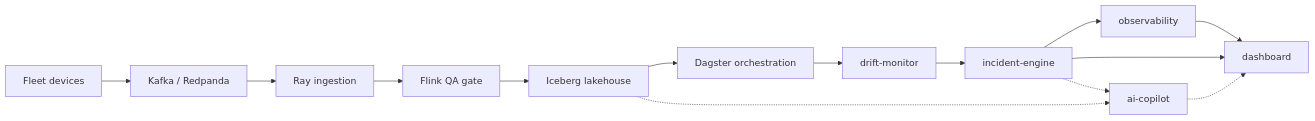
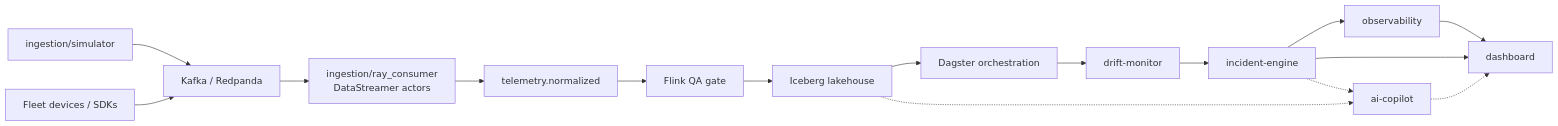
Before and after one commit to hamidmatiny/Argus: the diagram in README.md, drawn with Mermaid. The commit also changed other lines of this file and 26 other files, not shown here.

Commit message:
PHASE 2: Real-Time Ingestion Layer (Kafka + Ray)

````diff
--- a/README.md
+++ b/README.md
@@ -7,16 +7,18 @@
 ```mermaid
 flowchart LR
-  Devices["Fleet devices"] --> Kafka["Kafka / Redpanda"]
-  Kafka --> Ray["Ray ingestion"]
-  Ray --> Flink["Flink QA gate"]
+  Sim["ingestion/simulator"] --> Kafka["Kafka / Redpanda"]
+  Devices["Fleet devices / SDKs"] --> Kafka
+  Kafka --> Ray["ingestion/ray_consumer<br/>DataStreamer actors"]
+  Ray --> NormTopic["telemetry.normalized"]
+  NormTopic --> Flink["Flink QA gate"]
   Flink --> Iceberg["Iceberg lakehouse"]
   Iceberg --> Dagster["Dagster orchestration"]
   Dagster --> Drift["drift-monitor"]
   Drift --> Incidents["incident-engine"]
   Incidents --> OTel["observability"]
   OTel --> UI["dashboard"]
   Incidents --> UI
   Iceberg -.-> Copilot["ai-copilot"]
   Incidents -.-> Copilot
   Copilot -.-> UI
 ```
````
